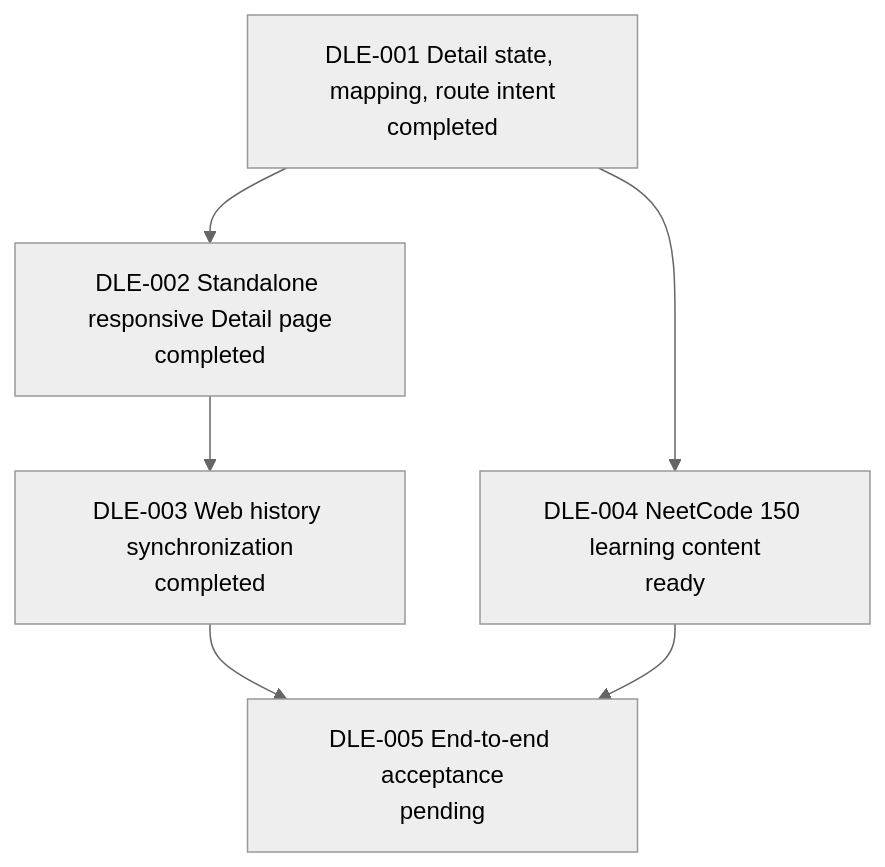
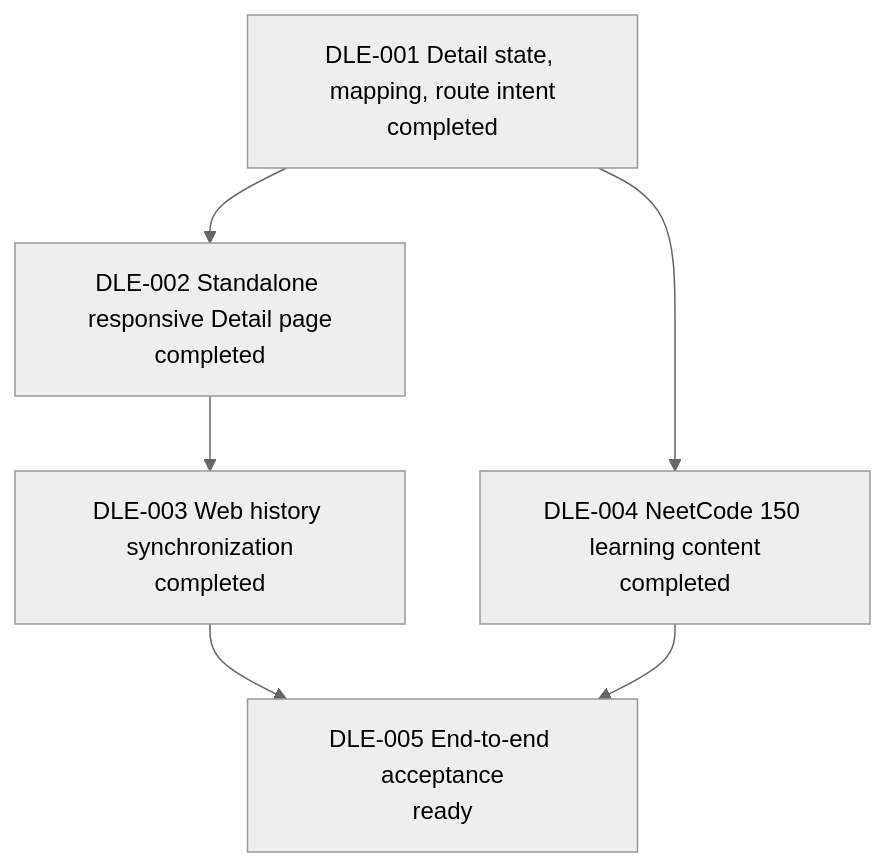
One commit to allenljf/algorithm-learning changed the first of 17 diagrams in agent-workflow/WORK_GRAPH.md. Above: the diagram before and after it, drawn with Mermaid (neutral theme). The commit also changed 46 other files, not shown here.

Commit message:
feat: add complete neetcode learning content

````diff
--- a/agent-workflow/WORK_GRAPH.md
+++ b/agent-workflow/WORK_GRAPH.md
@@ -5,11 +5,11 @@
 ```mermaid
 flowchart TD
   D1[DLE-001 Detail state, mapping, route intent\ncompleted]
   D2[DLE-002 Standalone responsive Detail page\ncompleted]
   D3[DLE-003 Web history synchronization\ncompleted]
-  D4[DLE-004 NeetCode 150 learning content\nready]
-  D5[DLE-005 End-to-end acceptance\npending]
+  D4[DLE-004 NeetCode 150 learning content\ncompleted]
+  D5[DLE-005 End-to-end acceptance\nready]
 
   D1 --> D2 --> D3 --> D5
   D1 --> D4 --> D5
 ```
````
